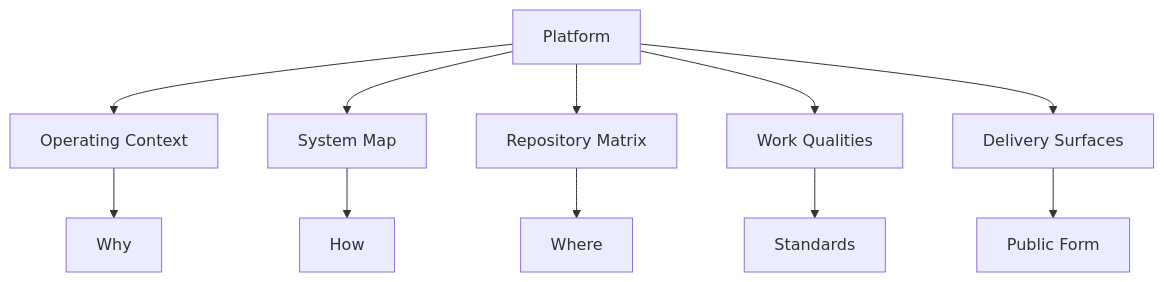
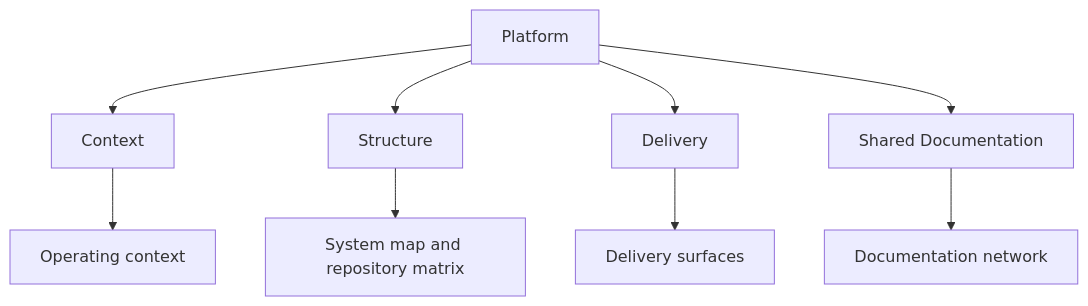
One commit to bijux/bijux.github.io changed the diagram in docs/platform/index.md. Above: the diagram before and after it, drawn with Mermaid. The commit also changed other lines of this file, not shown here.

Commit message:
docs(platform): establish canonical axes and move scope boundaries earlier

````diff
--- a/docs/platform/index.md
+++ b/docs/platform/index.md
@@ -27,14 +27,12 @@
 ```mermaid
 graph TD
-    platform["Platform"] --> context["Operating Context"]
-    platform --> map["System Map"]
-    platform --> matrix["Repository Matrix"]
-    platform --> qualities["Work Qualities"]
-    platform --> delivery["Delivery Surfaces"]
+    platform["Platform"] --> context["Context"]
+    platform --> structure["Structure"]
+    platform --> delivery["Delivery"]
+    platform --> docs["Shared Documentation"]
 
-    context --> why["Why"]
-    map --> how["How"]
-    matrix --> where["Where"]
-    qualities --> standards["Standards"]
-    delivery --> form["Public Form"]
+    context --> operating["Operating context"]
+    structure --> maps["System map and repository matrix"]
+    delivery --> surfaces["Delivery surfaces"]
+    docs --> network["Documentation network"]
 ```
````
